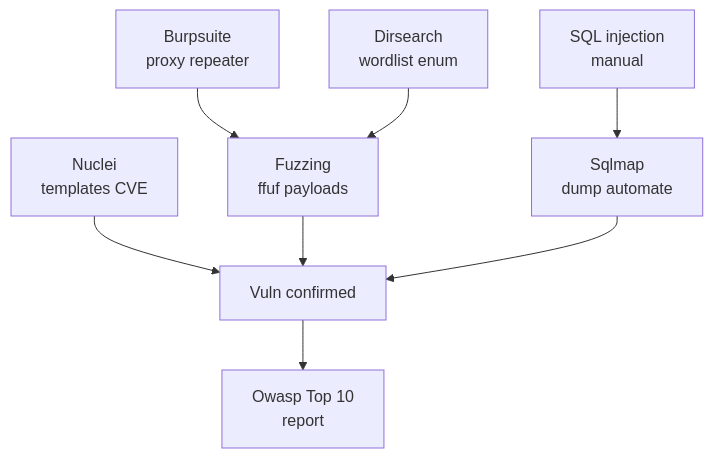
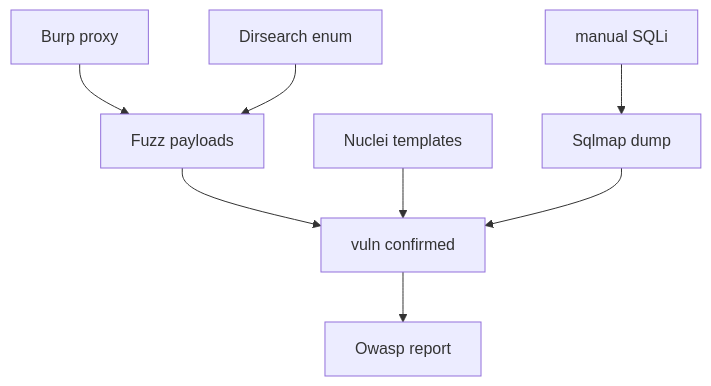
Before and after one commit to 444Nazky/My-Vault: diagram 18 of 32 in Graph-Web-Atlas.md, drawn with Mermaid. The commit also changed other lines of this file and 8 other files, not shown here.

````diff
--- a/Graph-Web-Atlas.md
+++ b/Graph-Web-Atlas.md
@@ -284,10 +327,10 @@
 ```mermaid
 graph TD
-    BURP[Burpsuite<br/>proxy repeater] --> FUZZ[Fuzzing<br/>ffuf payloads]
-    DIR[Dirsearch<br/>wordlist enum] --> FUZZ
-    NUC[Nuclei<br/>templates CVE] --> VULN[Vuln confirmed]
-    FUZZ --> VULN
-    SQLI[SQL injection<br/>manual] --> SQLMAP[Sqlmap<br/>dump automate]
+    BURP["Burp proxy"] --> FUZZ["Fuzz payloads"]
+    DIR["Dirsearch enum"] --> FUZZ
+    FUZZ --> VULN["vuln confirmed"]
+    NUC["Nuclei templates"] --> VULN
+    SQLI["manual SQLi"] --> SQLMAP["Sqlmap dump"]
     SQLMAP --> VULN
-    VULN --> OWASP[Owasp Top 10<br/>report]
+    VULN --> OWASP["Owasp report"]
 ```
````
